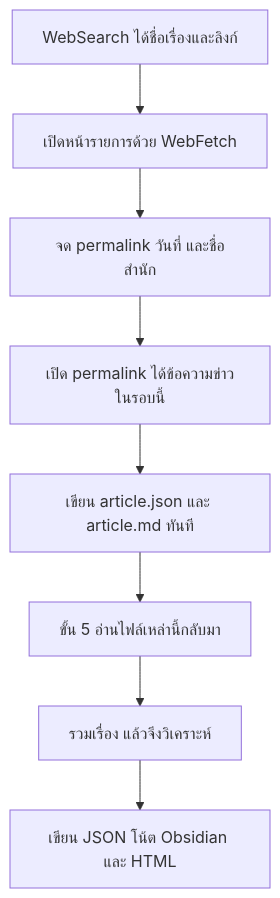
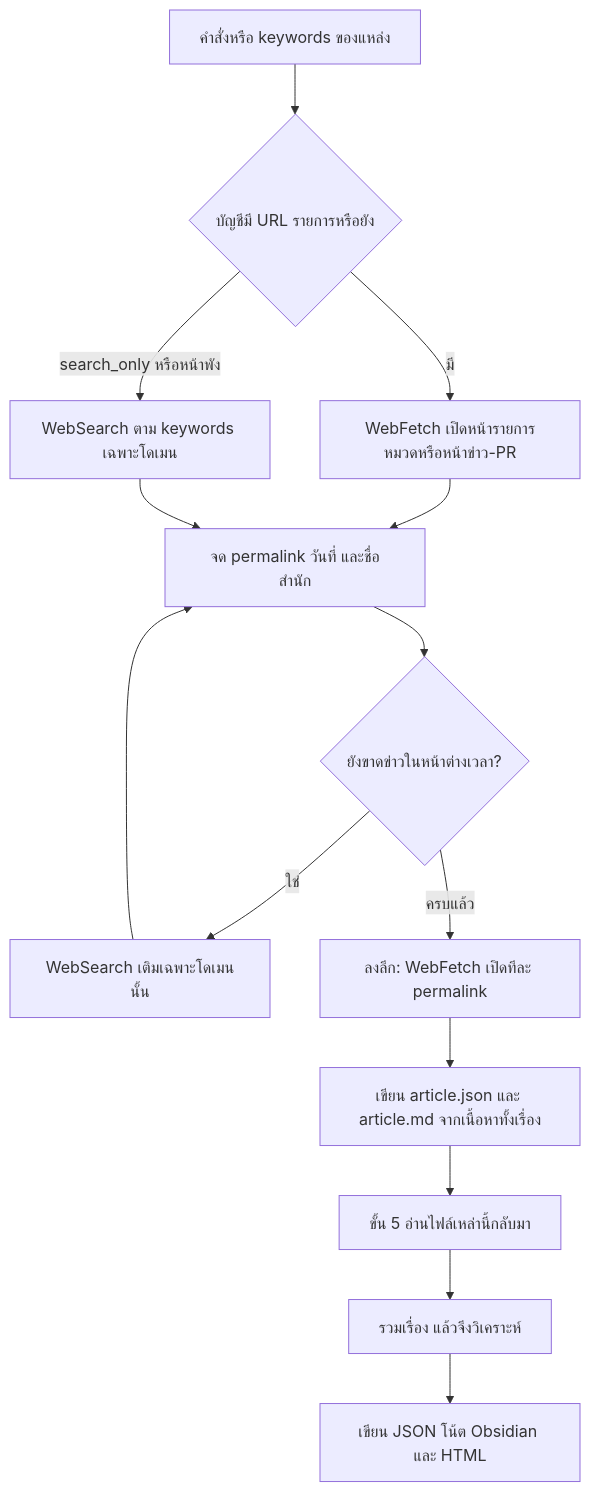
Before and after one commit to chiraleo2000/Police-news-intel-kit: the fourth of 13 diagrams in structure.md, drawn with Mermaid. The commit also changed other lines of this file and 9 other files, not shown here.

````diff
--- a/structure.md
+++ b/structure.md
@@ -97,10 +115,16 @@
 ```mermaid
 flowchart TD
-  S[WebSearch ได้ชื่อเรื่องและลิงก์] --> L[เปิดหน้ารายการด้วย WebFetch]
+  K[คำสั่งหรือ keywords ของแหล่ง] --> Q{บัญชีมี URL รายการหรือยัง}
+  Q -->|มี| L[WebFetch เปิดหน้ารายการหมวดหรือหน้าข่าว-PR]
+  Q -->|search_only หรือหน้าพัง| S[WebSearch ตาม keywords เฉพาะโดเมน]
   L --> M[จด permalink วันที่ และชื่อสำนัก]
-  M --> F[เปิด permalink ได้ข้อความข่าวในรอบนี้]
-  F --> A[เขียน article.json และ article.md ทันที]
+  S --> M
+  M --> P{ยังขาดข่าวในหน้าต่างเวลา?}
+  P -->|ใช่| S2[WebSearch เติมเฉพาะโดเมนนั้น]
+  S2 --> M
+  P -->|ครบแล้ว| F[ลงลึก: WebFetch เปิดทีละ permalink]
+  F --> A[เขียน article.json และ article.md จากเนื้อหาทั้งเรื่อง]
   A --> R[ขั้น 5 อ่านไฟล์เหล่านี้กลับมา]
   R --> Z[รวมเรื่อง แล้วจึงวิเคราะห์]
   Z --> O[เขียน JSON โน้ต Obsidian และ HTML]
 ```
````
